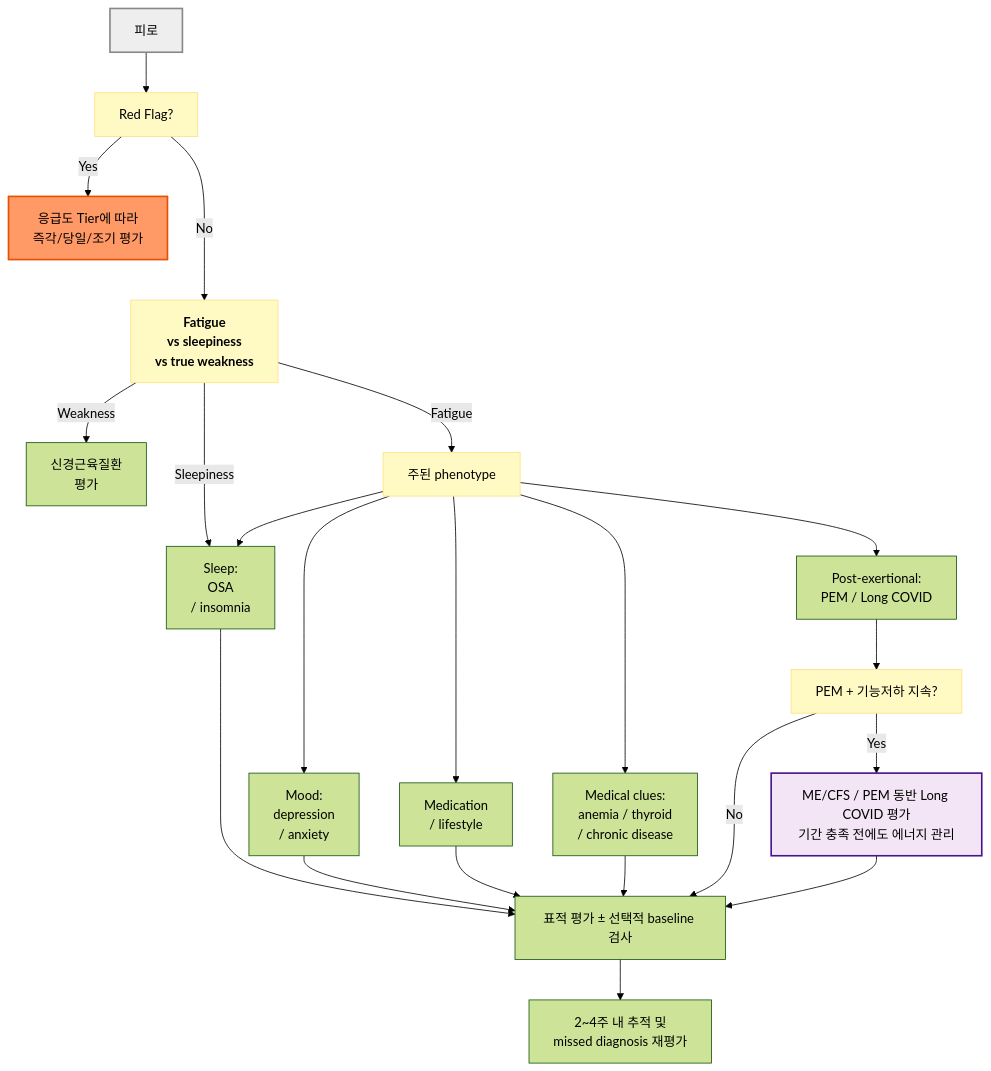
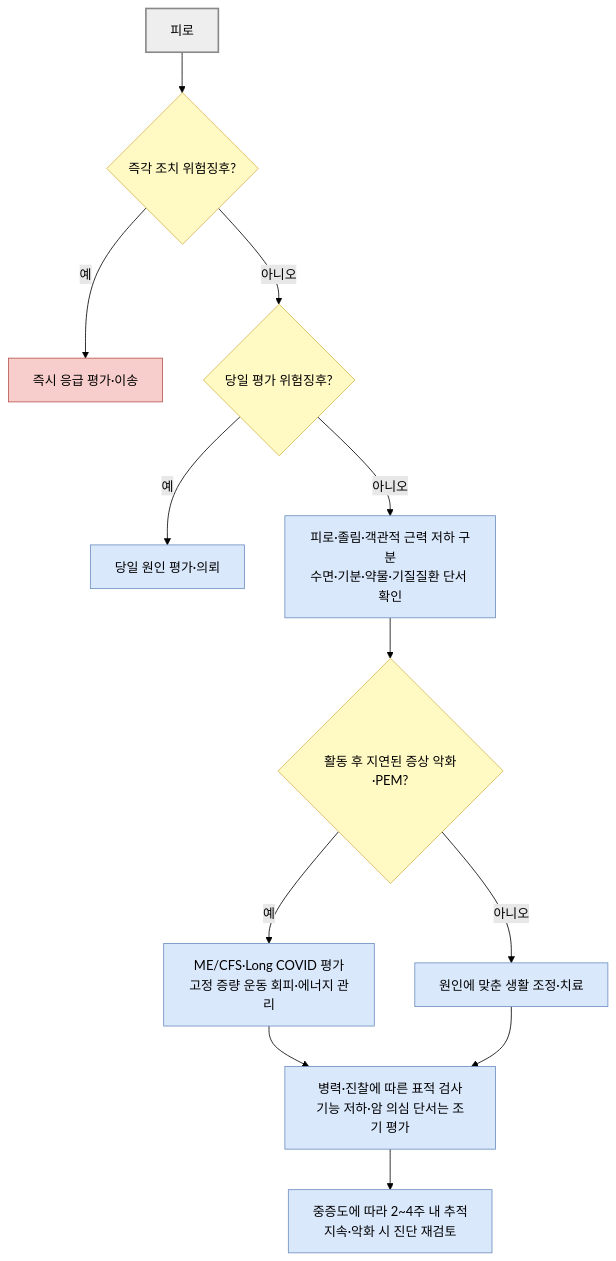
The diagram in 220_/014_-fatigue.md (familyoh77/familyoh77), drawn with Mermaid (forest theme) before and after one commit. The commit also changed other lines of this file and 13 other files, not shown here.

````diff
--- a/220_/014_-fatigue.md
+++ b/220_/014_-fatigue.md
@@ -225,28 +225,26 @@
 ```mermaid
 flowchart TD
-    A[피로] --> B[Red Flag?]
-    B -->|Yes| C[응급도 Tier에 따라 <br/>즉각/당일/조기 평가]
-    B --->|No| D[<b>Fatigue <br/>vs sleepiness<br/>vs true weakness</b>]
-    D -->|Weakness| E[신경근육질환 <br/>평가]
-    D -->|Sleepiness| G
-    D -->|Fatigue| F[주된 phenotype]
-    F --> G[Sleep: <br/>OSA <br/>/ insomnia]
-    F --> H[Mood: <br/>depression <br/>/ anxiety]
-    F --> I[Medication <br/>/ lifestyle]
-    F --> J[Medical clues: <br/>anemia / thyroid <br/>/ chronic disease]
-    F --> K[Post-exertional: <br/>PEM / Long COVID]
-    G --> L[표적 평가 ± 선택적 baseline 검사]
-    H --> L
-    I --> L
-    J --> L
-    K --> M[PEM + 기능저하 지속?]
-    M -->|Yes| N[ME/CFS / PEM 동반 Long COVID 평가<br/>기간 충족 전에도 에너지 관리]
-    M -->|No| L
-    N --> L
-    L --> O[2~4주 내 추적 및 <br/>missed diagnosis 재평가]
-    style A fill:#eeeeee,stroke:#888888,stroke-width:2px
-    style C fill:#f96,stroke:#e65100,stroke-width:2px
-    style N fill:#f3e5f5,stroke:#4a148c,stroke-width:2px
-classDef yellow fill:#fff9c4,stroke:#ffe082
-class B,D,F,M yellow
+    A["피로"] --> B{"즉각 조치 위험징후?"}
+    B -- "예" --> C["즉시 응급 평가·이송"]
+    B -- "아니오" --> D{"당일 평가 위험징후?"}
+    D -- "예" --> E["당일 원인 평가·의뢰"]
+    D -- "아니오" --> F["`피로·졸림·객관적 근력 저하 구분
+수면·기분·약물·기질질환 단서 확인`"]
+    F --> G{"활동 후 지연된 증상 악화·PEM?"}
+    G -- "예" --> H["`ME/CFS·Long COVID 평가
+고정 증량 운동 회피·에너지 관리`"]
+    G -- "아니오" --> I["원인에 맞춘 생활 조정·치료"]
+    H --> J["`병력·진찰에 따른 표적 검사
+기능 저하·암 의심 단서는 조기 평가`"]
+    I --> J
+    J --> K["`중증도에 따라 2~4주 내 추적
+지속·악화 시 진단 재검토`"]
+    classDef start fill:#eee,stroke:#888,stroke-width:2px
+    classDef decision fill:#fff9c4,stroke:#d6b656
+    classDef emergency fill:#f8cecc,stroke:#b85450
+    classDef treatment fill:#dae8fc,stroke:#6c8ebf
+    class A start
+    class B,D,G decision
+    class C emergency
+    class E,F,H,I,J,K treatment
 ```
````
